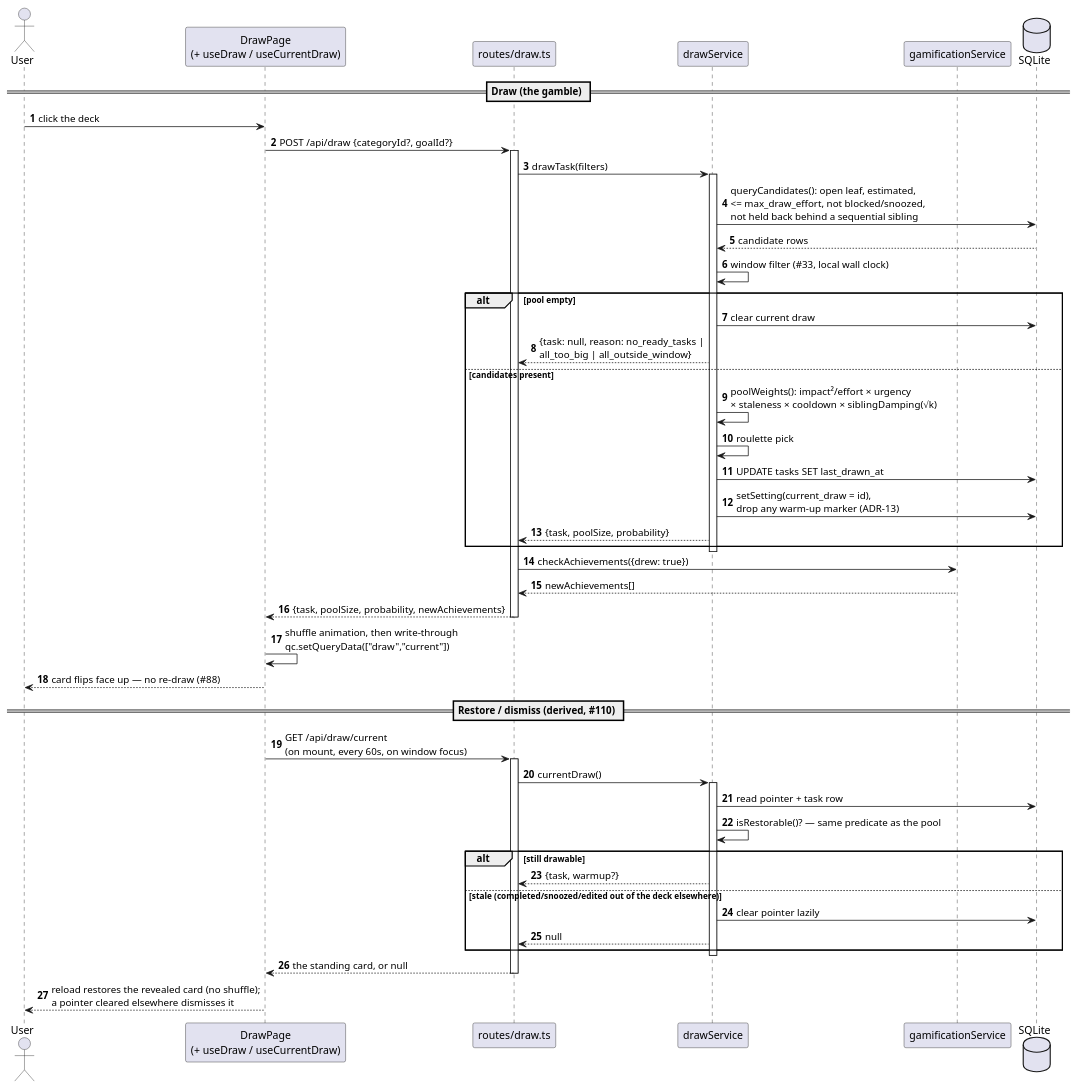
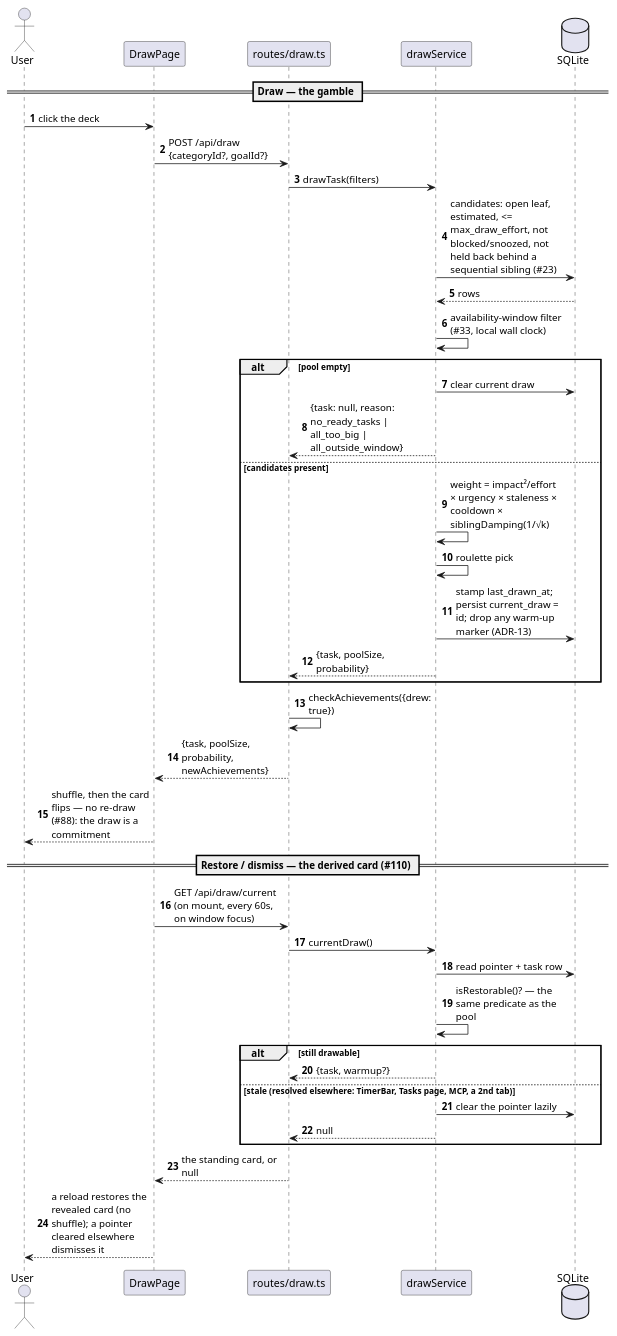
The first of 3 diagrams in docs/modules/ROOT/pages/06_runtime_view.adoc (FelixGeisler/draw), drawn with PlantUML before and after one commit. The commit also changed other lines of this file and 2 other files, not shown here.

Commit message:
#45 Size diagrams for the docs content column (legible at 1:1-ish scale)

```diff
--- a/docs/modules/ROOT/pages/06_runtime_view.adoc
+++ b/docs/modules/ROOT/pages/06_runtime_view.adoc
@@ -5,60 +5,49 @@
 [plantuml,runtime-draw,svg]
 ....
 @startuml
 skinparam shadowing false
+skinparam maxMessageSize 150
 skinparam sequenceMessageAlign left
 autonumber
 
 actor User
-participant "DrawPage\n(+ useDraw / useCurrentDraw)" as UI
+participant "DrawPage" as UI
 participant "routes/draw.ts" as Route
 participant "drawService" as Draw
-participant "gamificationService" as Gam
 database "SQLite" as DB
 
-== Draw (the gamble) ==
+== Draw — the gamble ==
 User -> UI : click the deck
 UI -> Route : POST /api/draw {categoryId?, goalId?}
-activate Route
 Route -> Draw : drawTask(filters)
-activate Draw
-Draw -> DB : queryCandidates(): open leaf, estimated,\n<= max_draw_effort, not blocked/snoozed,\nnot held back behind a sequential sibling
-DB --> Draw : candidate rows
-Draw -> Draw : window filter (#33, local wall clock)
+Draw -> DB : candidates: open leaf, estimated, <= max_draw_effort, not blocked/snoozed, not held back behind a sequential sibling (#23)
+DB --> Draw : rows
+Draw -> Draw : availability-window filter (#33, local wall clock)
 alt pool empty
   Draw -> DB : clear current draw
-  Draw --> Route : {task: null, reason: no_ready_tasks |\nall_too_big | all_outside_window}
+  Draw --> Route : {task: null, reason: no_ready_tasks | all_too_big | all_outside_window}
 else candidates present
-  Draw -> Draw : poolWeights(): impact²/effort × urgency\n× staleness × cooldown × siblingDamping(√k)
+  Draw -> Draw : weight = impact²/effort × urgency × staleness × cooldown × siblingDamping(1/√k)
   Draw -> Draw : roulette pick
-  Draw -> DB : UPDATE tasks SET last_drawn_at
-  Draw -> DB : setSetting(current_draw = id),\ndrop any warm-up marker (ADR-13)
+  Draw -> DB : stamp last_drawn_at; persist current_draw = id; drop any warm-up marker (ADR-13)
   Draw --> Route : {task, poolSize, probability}
 end
-deactivate Draw
-Route -> Gam : checkAchievements({drew: true})
-Gam --> Route : newAchievements[]
+Route -> Route : checkAchievements({drew: true})
 Route --> UI : {task, poolSize, probability, newAchievements}
-deactivate Route
-UI -> UI : shuffle animation, then write-through\nqc.setQueryData(["draw","current"])
-UI --> User : card flips face up — no re-draw (#88)
+UI --> User : shuffle, then the card flips — no re-draw (#88): the draw is a commitment
 
-== Restore / dismiss (derived, #110) ==
-UI -> Route : GET /api/draw/current\n(on mount, every 60s, on window focus)
-activate Route
+== Restore / dismiss — the derived card (#110) ==
+UI -> Route : GET /api/draw/current (on mount, every 60s, on window focus)
 Route -> Draw : currentDraw()
-activate Draw
 Draw -> DB : read pointer + task row
-Draw -> Draw : isRestorable()? — same predicate as the pool
+Draw -> Draw : isRestorable()? — the same predicate as the pool
 alt still drawable
   Draw --> Route : {task, warmup?}
-else stale (completed/snoozed/edited out of the deck elsewhere)
-  Draw -> DB : clear pointer lazily
+else stale (resolved elsewhere: TimerBar, Tasks page, MCP, a 2nd tab)
+  Draw -> DB : clear the pointer lazily
   Draw --> Route : null
 end
-deactivate Draw
 Route --> UI : the standing card, or null
-deactivate Route
-UI --> User : reload restores the revealed card (no shuffle);\na pointer cleared elsewhere dismisses it
+UI --> User : a reload restores the revealed card (no shuffle); a pointer cleared elsewhere dismisses it
 @enduml
 ....
```
